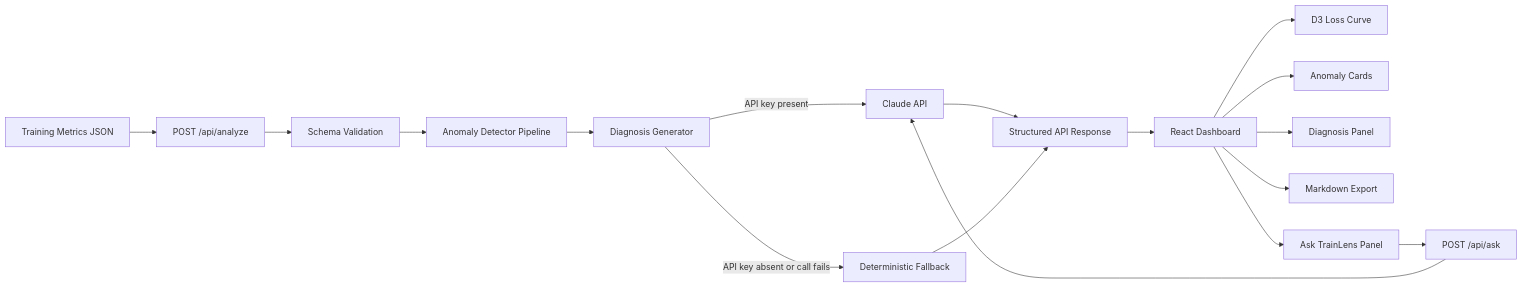
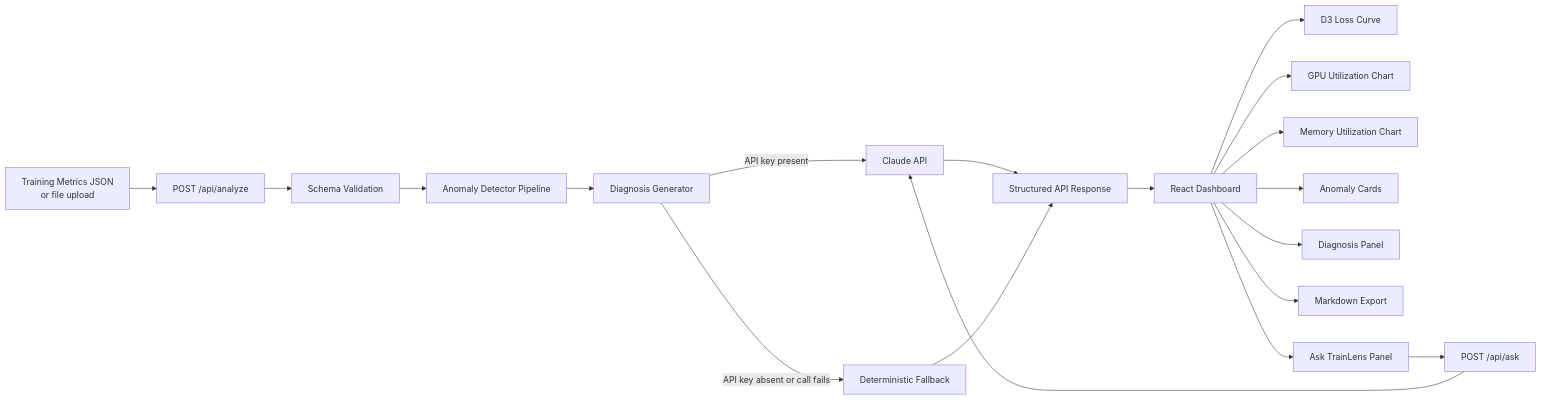
The diagram in README.md (agarwalpragya/trainlens-ai), drawn with Mermaid before and after one commit. The commit also changed other lines of this file and 16 other files, not shown here.

````diff
--- a/README.md
+++ b/README.md
@@ -56,19 +59,21 @@
 ```mermaid
 flowchart LR
-    A[Training Metrics JSON] --> B[POST /api/analyze]
+    A[Training Metrics JSON\nor file upload] --> B[POST /api/analyze]
     B --> C[Schema Validation]
     C --> D[Anomaly Detector Pipeline]
     D --> E[Diagnosis Generator]
     E -->|API key present| F[Claude API]
     E -->|API key absent or call fails| G[Deterministic Fallback]
     F --> H[Structured API Response]
     G --> H
     H --> I[React Dashboard]
     I --> J[D3 Loss Curve]
+    I --> J2[GPU Utilization Chart]
+    I --> J3[Memory Utilization Chart]
     I --> K[Anomaly Cards]
     I --> L[Diagnosis Panel]
     I --> M[Markdown Export]
     I --> N[Ask TrainLens Panel]
     N --> O[POST /api/ask]
     O --> F
 ```
````
